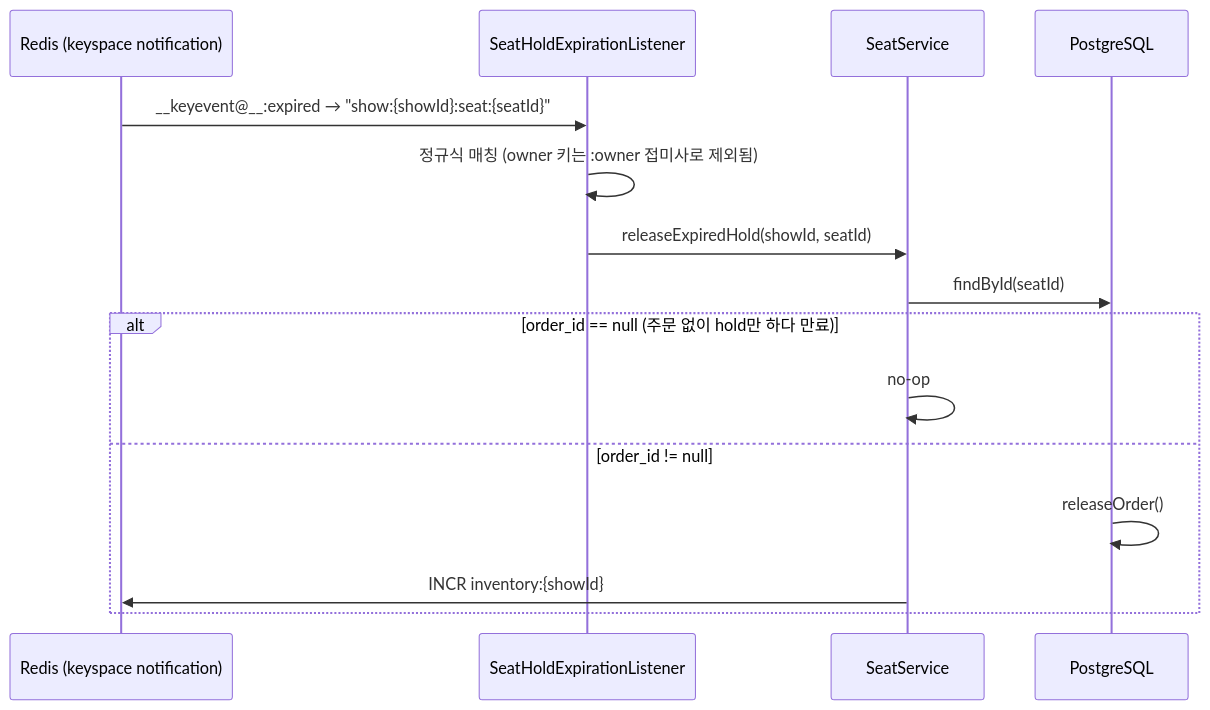
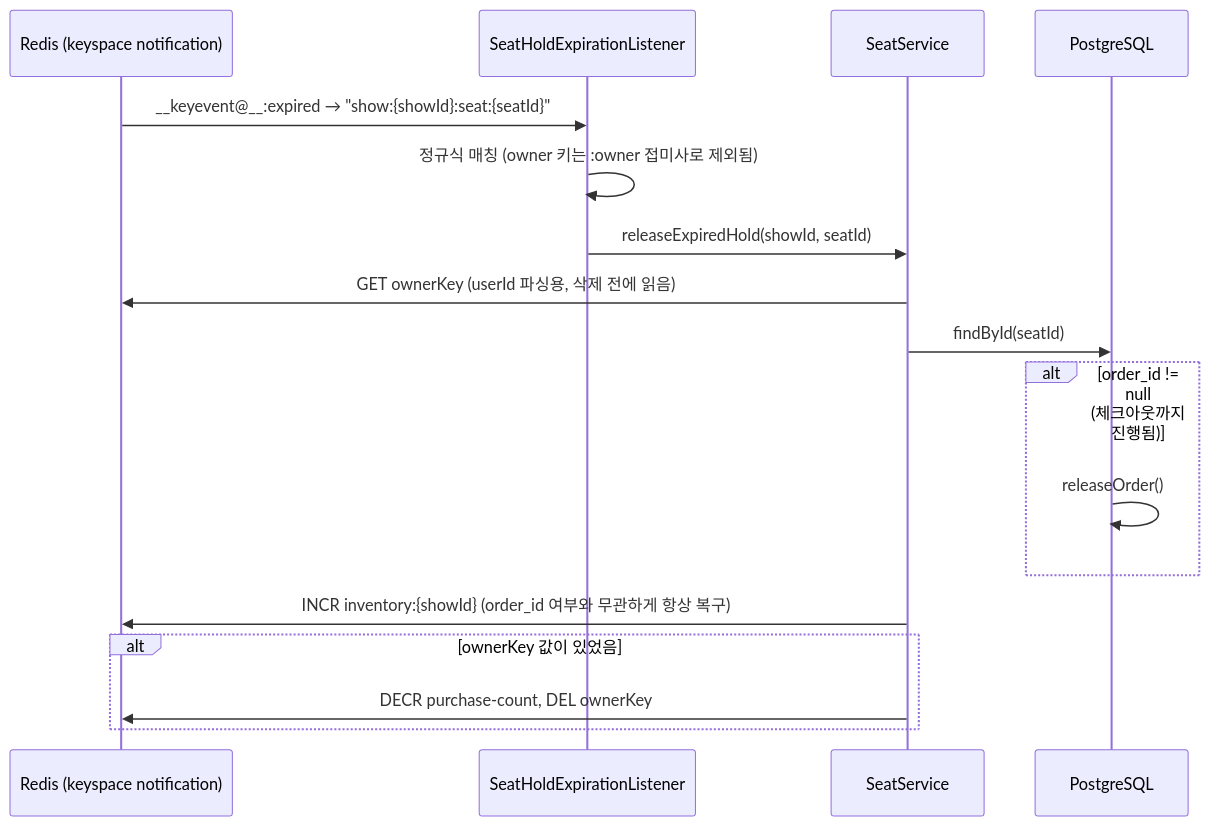
The seventh of 8 diagrams in docs/ticketing-service/flows.md (6pm-sparta/6pm), drawn with Mermaid before and after one commit. The commit also changed other lines of this file and 2 other files, not shown here.

First line of the commit message:
docs: purchase-count 버그 수정 반영 안 된 문서 3곳 갱신

````diff
--- a/docs/ticketing-service/flows.md
+++ b/docs/ticketing-service/flows.md
@@ -267,18 +272,20 @@
 ```mermaid
 sequenceDiagram
     participant R as Redis (keyspace notification)
     participant L as SeatHoldExpirationListener
     participant T as SeatService
     participant DB as PostgreSQL
 
     R->>L: __keyevent@__:expired → "show:{showId}:seat:{seatId}"
     L->>L: 정규식 매칭 (owner 키는 :owner 접미사로 제외됨)
     L->>T: releaseExpiredHold(showId, seatId)
+    T->>R: GET ownerKey (userId 파싱용, 삭제 전에 읽음)
     T->>DB: findById(seatId)
-    alt order_id == null (주문 없이 hold만 하다 만료)
-        T->>T: no-op
-    else order_id != null
+    alt order_id != null (체크아웃까지 진행됨)
         DB->>DB: releaseOrder()
-        T->>R: INCR inventory:{showId}
+    end
+    T->>R: INCR inventory:{showId} (order_id 여부와 무관하게 항상 복구)
+    alt ownerKey 값이 있었음
+        T->>R: DECR purchase-count, DEL ownerKey
     end
 ```
````
